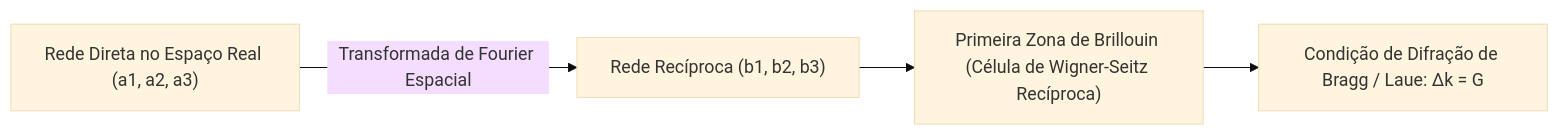
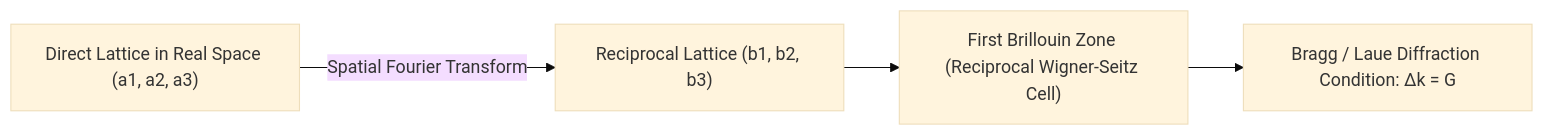
The diagram in knowledge/skills/domains/academic/academic-solid-state-semiconductors/SKILL.md (dandgabr/Coacus), drawn with Mermaid (base theme) before and after one commit. The commit also changed 143 other files, not shown here.

````diff
--- a/knowledge/skills/domains/academic/academic-solid-state-semiconductors/SKILL.md
+++ b/knowledge/skills/domains/academic/academic-solid-state-semiconductors/SKILL.md
@@ -14,6 +14,6 @@
 ```mermaid
 flowchart LR
-    A["Rede Direta no Espaço Real (a1, a2, a3)"] -->|Transformada de Fourier Espacial| B["Rede Recíproca (b1, b2, b3)"]
-    B --> C["Primeira Zona de Brillouin (Célula de Wigner-Seitz Recíproca)"]
-    C --> D["Condição de Difração de Bragg / Laue: Δk = G"]
+    A["Direct Lattice in Real Space (a1, a2, a3)"] -->|Spatial Fourier Transform| B["Reciprocal Lattice (b1, b2, b3)"]
+    B --> C["First Brillouin Zone (Reciprocal Wigner-Seitz Cell)"]
+    C --> D["Bragg / Laue Diffraction Condition: Δk = G"]
 ```
````
